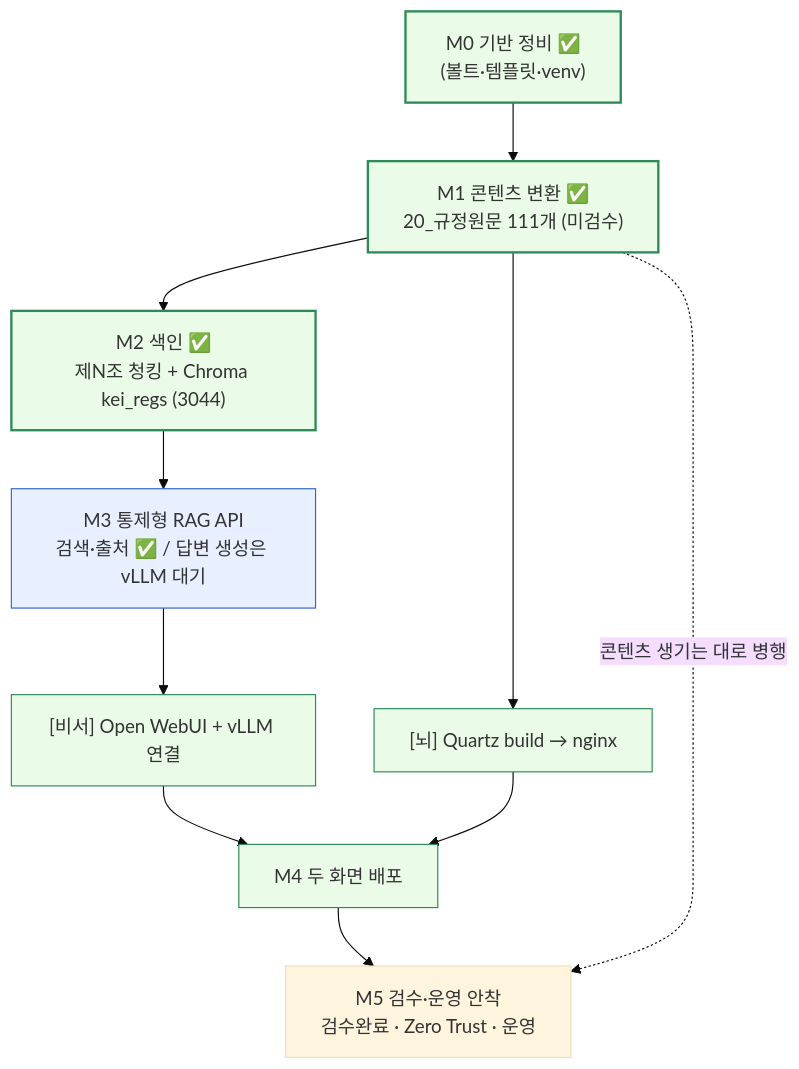
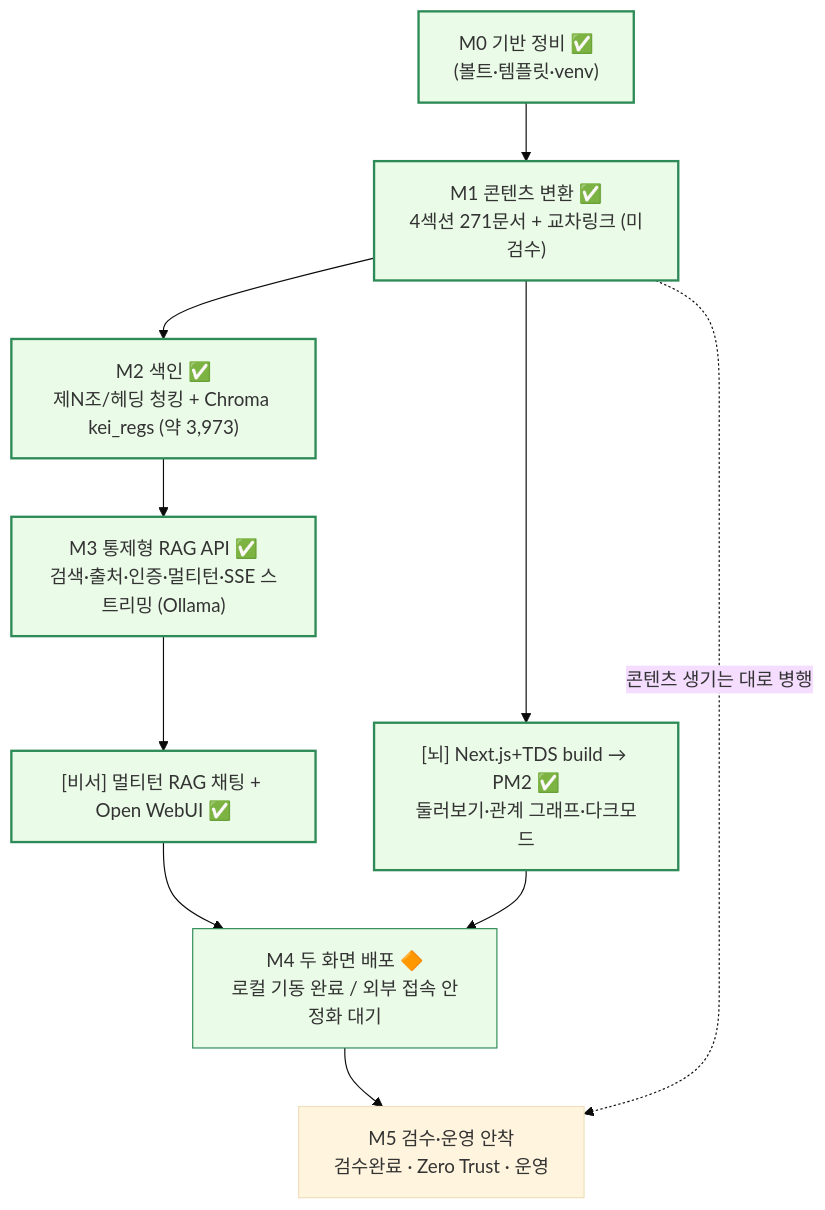
Before and after one commit to mooner92/KEIAdminSuperv: the second of 2 diagrams in docs/08-roadmap.md, drawn with Mermaid (base theme). The commit also changed other lines of this file and 6 other files, not shown here.

First line of the commit message:
docs: 문서 현행화 — 4개 섹션·271문서·교차링크·스트리밍·다크모드 + 간트 갱신

````diff
--- a/docs/08-roadmap.md
+++ b/docs/08-roadmap.md
@@ -92,24 +95,24 @@
 ```mermaid
 flowchart TD
     M0["M0 기반 정비 ✅<br/>(볼트·템플릿·venv)"]
 
-    M0 --> M1["M1 콘텐츠 변환 ✅<br/>20_규정원문 111개 (미검수)"]
-    M1 --> M2["M2 색인 ✅<br/>제N조 청킹 + Chroma kei_regs (3044)"]
-    M2 --> M3["M3 통제형 RAG API<br/>검색·출처 ✅ / 답변 생성은 vLLM 대기"]
+    M0 --> M1["M1 콘텐츠 변환 ✅<br/>4섹션 271문서 + 교차링크 (미검수)"]
+    M1 --> M2["M2 색인 ✅<br/>제N조/헤딩 청킹 + Chroma kei_regs (약 3,973)"]
+    M2 --> M3["M3 통제형 RAG API ✅<br/>검색·출처·인증·멀티턴·SSE 스트리밍 (Ollama)"]
 
-    M1 --> M4b["[뇌] Quartz build → nginx"]
-    M3 --> M4a["[비서] Open WebUI + vLLM 연결"]
+    M1 --> M4b["[뇌] Next.js+TDS build → PM2 ✅<br/>둘러보기·관계 그래프·다크모드"]
+    M3 --> M4a["[비서] 멀티턴 RAG 채팅 + Open WebUI ✅"]
 
-    M4a --> M4["M4 두 화면 배포"]
+    M4a --> M4["M4 두 화면 배포 🔶<br/>로컬 기동 완료 / 외부 접속 안정화 대기"]
     M4b --> M4
     M4 --> M5["M5 검수·운영 안착<br/>검수완료 · Zero Trust · 운영"]
 
     M1 -. "콘텐츠 생기는 대로 병행" .-> M5
 
     classDef core fill:#e8f0ff,stroke:#3366cc,stroke-width:1px;
     classDef screen fill:#eafbe7,stroke:#2e8b57,stroke-width:1px;
     classDef done fill:#eafbe7,stroke:#2e8b57,stroke-width:2px;
     class M0,M1,M2,M3 core;
     class M4a,M4b,M4 screen;
-    class M0,M1,M2 done;
+    class M0,M1,M2,M3,M4a,M4b done;
 ```
````
